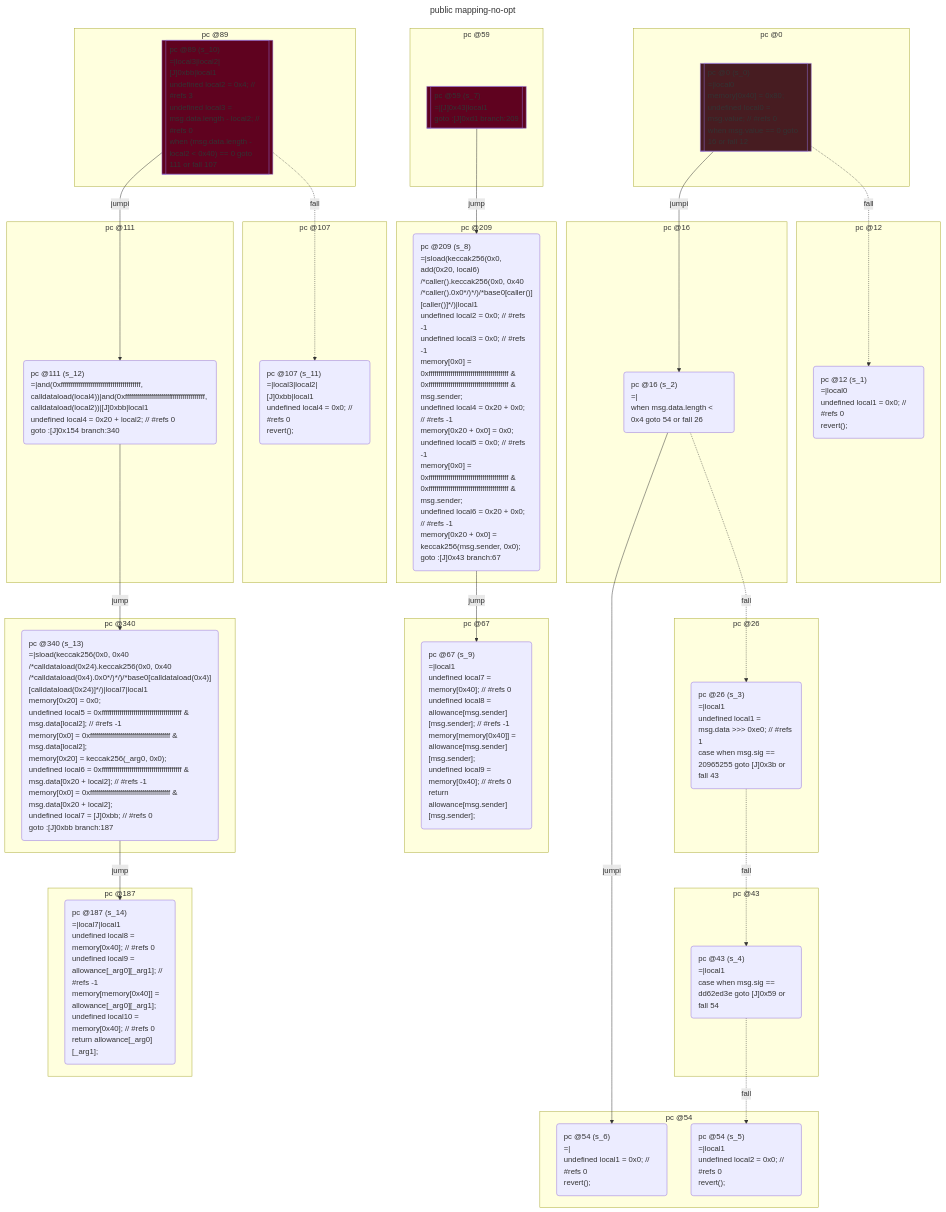
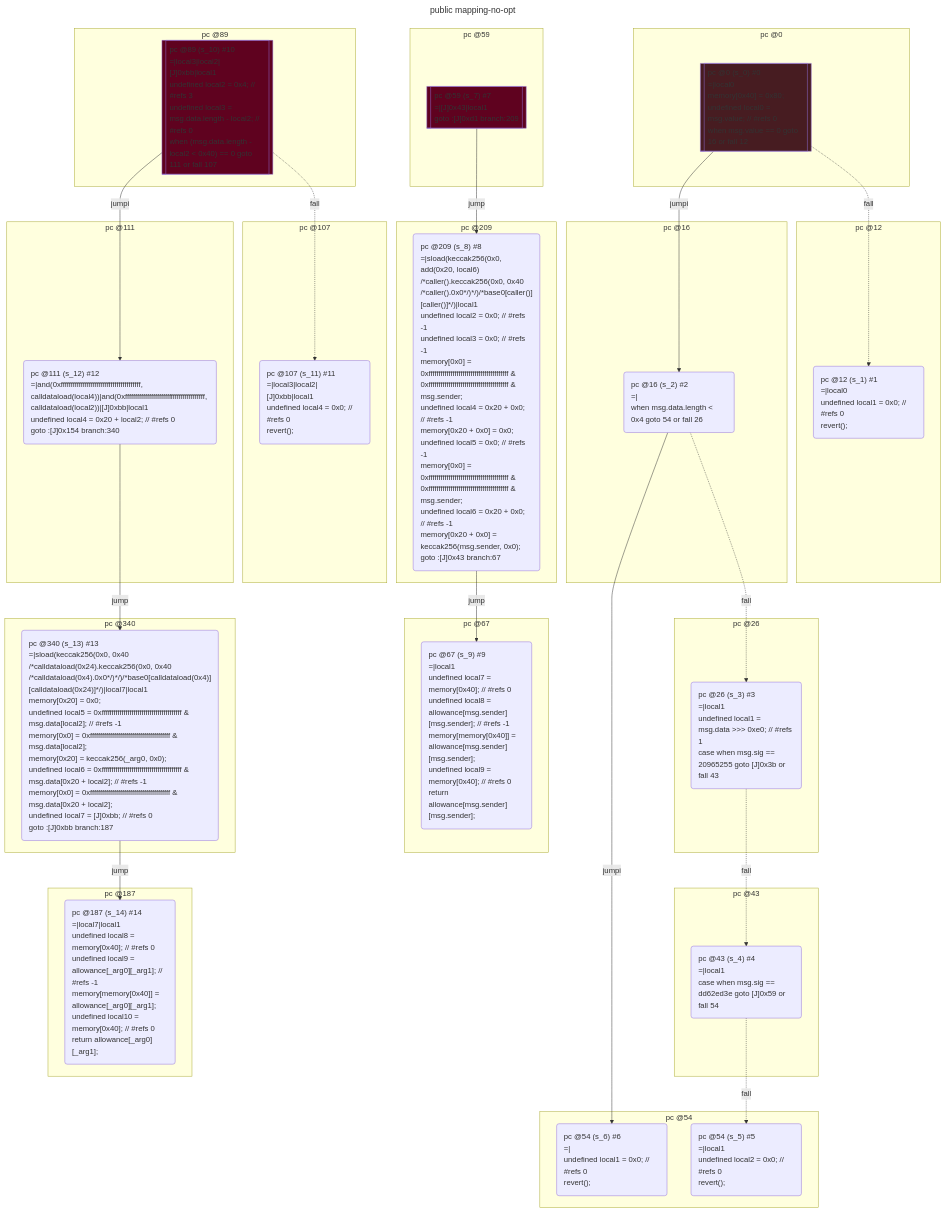
The first of 2 diagrams in test/__snapshots__/contracts/mappings/public-mapping.snap.md (acuarica/evm), drawn with Mermaid before and after one commit. The commit also changed other lines of this file and 18 other files, not shown here.

```diff
--- a/test/__snapshots__/contracts/mappings/public-mapping.snap.md
+++ b/test/__snapshots__/contracts/mappings/public-mapping.snap.md
@@ -110,7 +110,7 @@
 flowchart TD
   classDef state text-align:left
   subgraph cluster_0 ["pc @0"]
-    s_0[["pc @0 (s_0)
+    s_0[["pc @0 (s_0) #0
 =|local0
 memory[0x40] = 0x80;
 undefined local0 = msg.value; // #refs 0
@@ -120,7 +120,7 @@
     style s_0 fill:#471C21
   end
   subgraph cluster_12 ["pc @12"]
-    s_1("pc @12 (s_1)
+    s_1("pc @12 (s_1) #1
 =|local0
 undefined local1 = 0x0; // #refs 0
 revert();
@@ -128,14 +128,14 @@
     class s_1 state
   end
   subgraph cluster_16 ["pc @16"]
-    s_2("pc @16 (s_2)
+    s_2("pc @16 (s_2) #2
 =|
 when msg.data.length < 0x4 goto 54 or fall 26
 ")
     class s_2 state
   end
   subgraph cluster_26 ["pc @26"]
-    s_3("pc @26 (s_3)
+    s_3("pc @26 (s_3) #3
 =|local1
 undefined local1 = msg.data >>> 0xe0; // #refs 1
 case when msg.sig == 20965255 goto [J]0x3b or fall 43
@@ -143,20 +143,20 @@
     class s_3 state
   end
   subgraph cluster_43 ["pc @43"]
-    s_4("pc @43 (s_4)
+    s_4("pc @43 (s_4) #4
 =|local1
 case when msg.sig == dd62ed3e goto [J]0x59 or fall 54
 ")
     class s_4 state
   end
   subgraph cluster_54 ["pc @54"]
-    s_5("pc @54 (s_5)
+    s_5("pc @54 (s_5) #5
 =|local1
 undefined local2 = 0x0; // #refs 0
 revert();
 ")
     class s_5 state
-    s_6("pc @54 (s_6)
+    s_6("pc @54 (s_6) #6
 =|
 undefined local1 = 0x0; // #refs 0
 revert();
@@ -164,7 +164,7 @@
     class s_6 state
   end
   subgraph cluster_59 ["pc @59"]
-    s_7[["pc @59 (s_7)
+    s_7[["pc @59 (s_7) #7
 =|[J]0x43|local1
 goto :[J]0xd1 branch:209
 "]]
@@ -172,7 +172,7 @@
     style s_7 fill:#5F021F
   end
   subgraph cluster_209 ["pc @209"]
-    s_8("pc @209 (s_8)
+    s_8("pc @209 (s_8) #8
 =|sload(keccak256(0x0, add(0x20, local6) /*caller().keccak256(0x0, 0x40 /*caller().0x0*/)*/)/*base0[caller()][caller()]*/)|local1
 undefined local2 = 0x0; // #refs -1
 undefined local3 = 0x0; // #refs -1
@@ -188,7 +188,7 @@
     class s_8 state
   end
   subgraph cluster_67 ["pc @67"]
-    s_9("pc @67 (s_9)
+    s_9("pc @67 (s_9) #9
 =|local1
 undefined local7 = memory[0x40]; // #refs 0
 undefined local8 = allowance[msg.sender][msg.sender]; // #refs -1
@@ -199,7 +199,7 @@
     class s_9 state
   end
   subgraph cluster_89 ["pc @89"]
-    s_10[["pc @89 (s_10)
+    s_10[["pc @89 (s_10) #10
 =|local3|local2|[J]0xbb|local1
 undefined local2 = 0x4; // #refs 3
 undefined local3 = msg.data.length - local2; // #refs 0
@@ -209,7 +209,7 @@
     style s_10 fill:#5F021F
   end
   subgraph cluster_107 ["pc @107"]
-    s_11("pc @107 (s_11)
+    s_11("pc @107 (s_11) #11
 =|local3|local2|[J]0xbb|local1
 undefined local4 = 0x0; // #refs 0
 revert();
@@ -217,7 +217,7 @@
     class s_11 state
   end
   subgraph cluster_111 ["pc @111"]
-    s_12("pc @111 (s_12)
+    s_12("pc @111 (s_12) #12
 =|and(0xffffffffffffffffffffffffffffffffffffffff, calldataload(local4))|and(0xffffffffffffffffffffffffffffffffffffffff, calldataload(local2))|[J]0xbb|local1
 undefined local4 = 0x20 + local2; // #refs 0
 goto :[J]0x154 branch:340
@@ -225,7 +225,7 @@
     class s_12 state
   end
   subgraph cluster_340 ["pc @340"]
-    s_13("pc @340 (s_13)
+    s_13("pc @340 (s_13) #13
 =|sload(keccak256(0x0, 0x40 /*calldataload(0x24).keccak256(0x0, 0x40 /*calldataload(0x4).0x0*/)*/)/*base0[calldataload(0x4)][calldataload(0x24)]*/)|local7|local1
 memory[0x20] = 0x0;
 undefined local5 = 0xffffffffffffffffffffffffffffffffffffffff & msg.data[local2]; // #refs -1
@@ -239,7 +239,7 @@
     class s_13 state
   end
   subgraph cluster_187 ["pc @187"]
-    s_14("pc @187 (s_14)
+    s_14("pc @187 (s_14) #14
 =|local7|local1
 undefined local8 = memory[0x40]; // #refs 0
 undefined local9 = allowance[_arg0][_arg1]; // #refs -1
```
